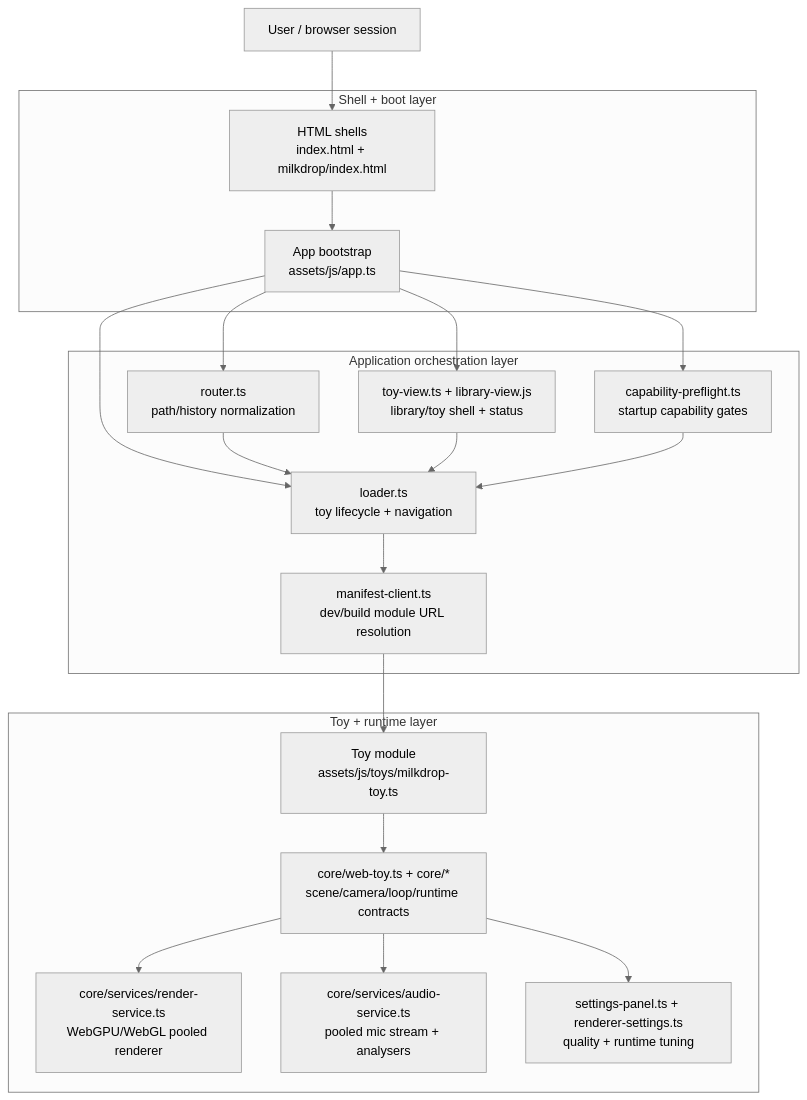
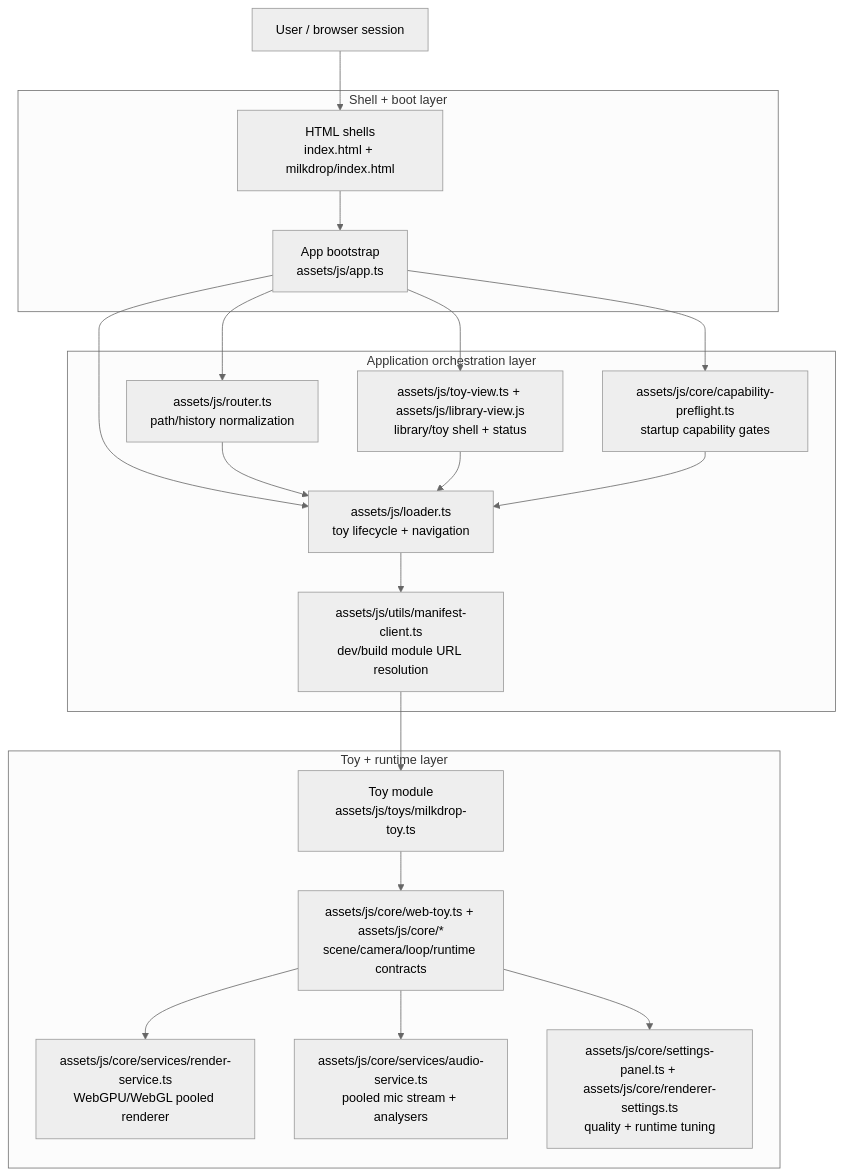
Before and after one commit to zz-plant/stims: the first of 5 diagrams in docs/ARCHITECTURE.md, drawn with Mermaid (neutral theme). The commit also changed other lines of this file, not shown here.

Commit message:
Standardize architecture diagram paths with assets/js prefixes

````diff
--- a/docs/ARCHITECTURE.md
+++ b/docs/ARCHITECTURE.md
@@ -19,38 +19,38 @@
 ```mermaid
 flowchart TB
   User[User / browser session]
 
   subgraph ShellLayer[Shell + boot layer]
     Shell[HTML shells\nindex.html + milkdrop/index.html]
     App[App bootstrap\nassets/js/app.ts]
   end
 
   subgraph AppLayer[Application orchestration layer]
-    Router[router.ts\npath/history normalization]
-    Loader[loader.ts\ntoy lifecycle + navigation]
-    Views[toy-view.ts + library-view.js\nlibrary/toy shell + status]
-    Preflight[capability-preflight.ts\nstartup capability gates]
-    Manifest[manifest-client.ts\ndev/build module URL resolution]
+    Router[assets/js/router.ts\npath/history normalization]
+    Loader[assets/js/loader.ts\ntoy lifecycle + navigation]
+    Views[assets/js/toy-view.ts + assets/js/library-view.js\nlibrary/toy shell + status]
+    Preflight[assets/js/core/capability-preflight.ts\nstartup capability gates]
+    Manifest[assets/js/utils/manifest-client.ts\ndev/build module URL resolution]
   end
 
   subgraph RuntimeLayer[Toy + runtime layer]
     Toy[Toy module\nassets/js/toys/milkdrop-toy.ts]
-    Core[core/web-toy.ts + core/*\nscene/camera/loop/runtime contracts]
-    Renderer[core/services/render-service.ts\nWebGPU/WebGL pooled renderer]
-    Audio[core/services/audio-service.ts\npooled mic stream + analysers]
-    Settings[settings-panel.ts + renderer-settings.ts\nquality + runtime tuning]
+    Core[assets/js/core/web-toy.ts + assets/js/core/*\nscene/camera/loop/runtime contracts]
+    Renderer[assets/js/core/services/render-service.ts\nWebGPU/WebGL pooled renderer]
+    Audio[assets/js/core/services/audio-service.ts\npooled mic stream + analysers]
+    Settings[assets/js/core/settings-panel.ts + assets/js/core/renderer-settings.ts\nquality + runtime tuning]
   end
 
   User --> Shell --> App
   App --> Router
   App --> Loader
   App --> Views
   App --> Preflight
   Loader --> Manifest --> Toy --> Core
   Core --> Renderer
   Core --> Audio
   Core --> Settings
   Router --> Loader
   Views --> Loader
   Preflight --> Loader
 ```
````
